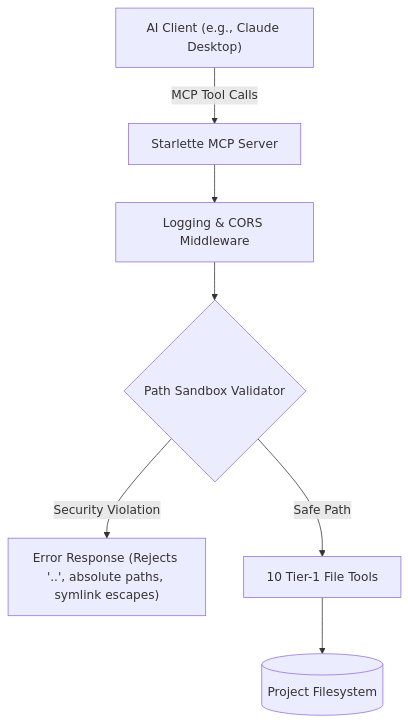
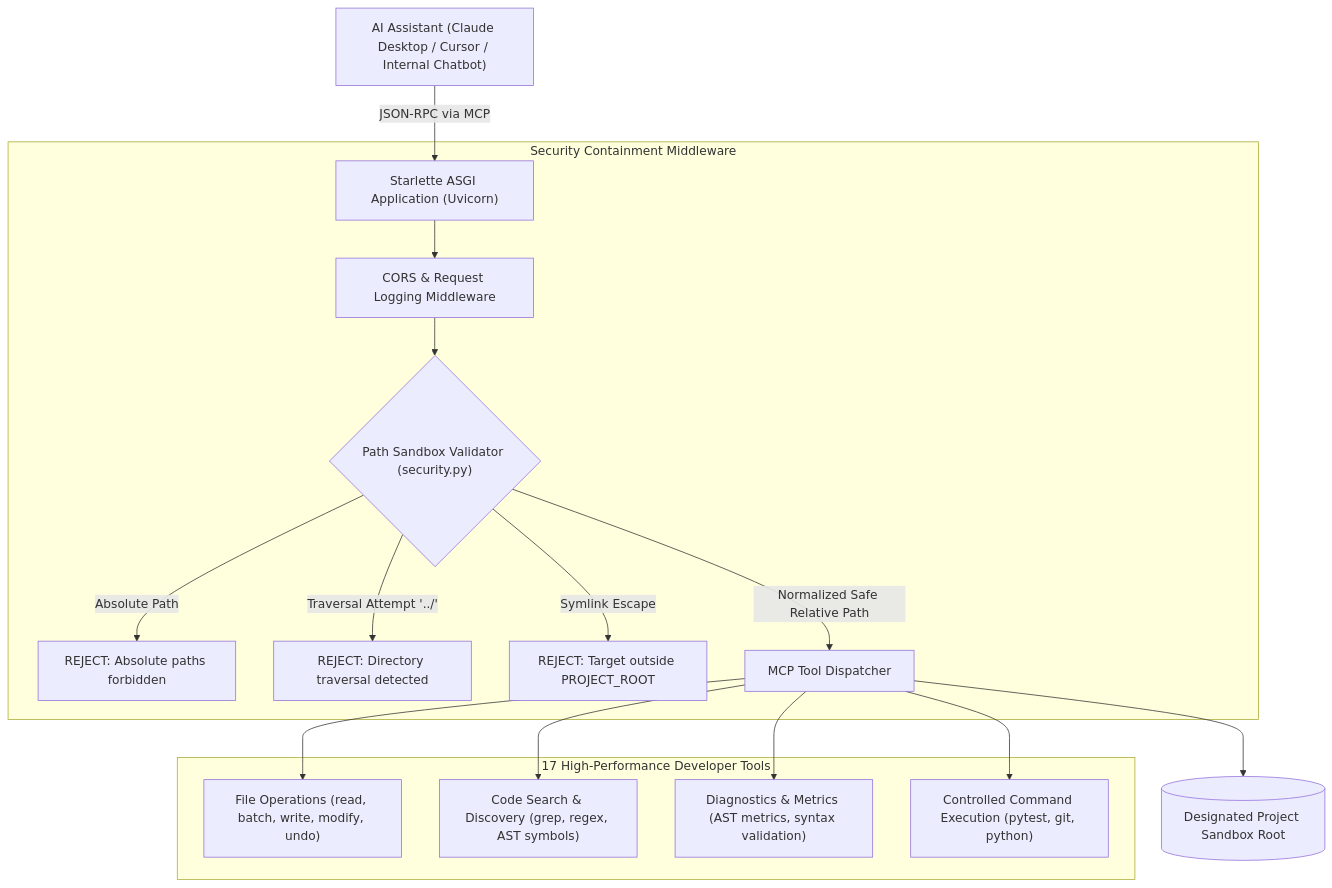
Before and after one commit to Vignesh-Manivasakam/MCP-Code-Copilot: the diagram in README.md, drawn with Mermaid. The commit also changed other lines of this file and 2 other files, not shown here.

Commit message:
docs: elevate README to v3.0.0 showcase with containment sandbox assets, 17-tool registry, and enterprise context

````diff
--- a/README.md
+++ b/README.md
@@ -23,9 +46,23 @@
 ```mermaid
-graph TD
-    Client["AI Client (e.g., Claude Desktop)"] -->|MCP Tool Calls| Server["Starlette MCP Server"]
-    Server --> Logger["Logging & CORS Middleware"]
-    Logger --> Validator{"Path Sandbox Validator"}
-    Validator -->|Security Violation| Reject["Error Response (Rejects '..', absolute paths, symlink escapes)"]
-    Validator -->|Safe Path| Tools["10 Tier-1 File Tools"]
-    Tools --> Filesystem[("Project Filesystem")]
+flowchart TD
+    Client["AI Assistant (Claude Desktop / Cursor / Internal Chatbot)"] -->|JSON-RPC via MCP| Server["Starlette ASGI Application (Uvicorn)"]
+    
+    subgraph "Security Containment Middleware"
+        Server --> CORS["CORS & Request Logging Middleware"]
+        CORS --> PathValidator{"Path Sandbox Validator (security.py)"}
+        
+        PathValidator -->|Absolute Path| Reject1["REJECT: Absolute paths forbidden"]
+        PathValidator -->|Traversal Attempt '../'| Reject2["REJECT: Directory traversal detected"]
+        PathValidator -->|Symlink Escape| Reject3["REJECT: Target outside PROJECT_ROOT"]
+        PathValidator -->|Normalized Safe Relative Path| ToolDispatcher["MCP Tool Dispatcher"]
+    end
+    
+    subgraph "17 High-Performance Developer Tools"
+        ToolDispatcher --> T1["File Operations (read, batch, write, modify, undo)"]
+        ToolDispatcher --> T2["Code Search & Discovery (grep, regex, AST symbols)"]
+        ToolDispatcher --> T3["Diagnostics & Metrics (AST metrics, syntax validation)"]
+        ToolDispatcher --> T4["Controlled Command Execution (pytest, git, python)"]
+    end
+    
+    ToolDispatcher --> SandboxWorkspace[("Designated Project Sandbox Root")]
 ```
````
